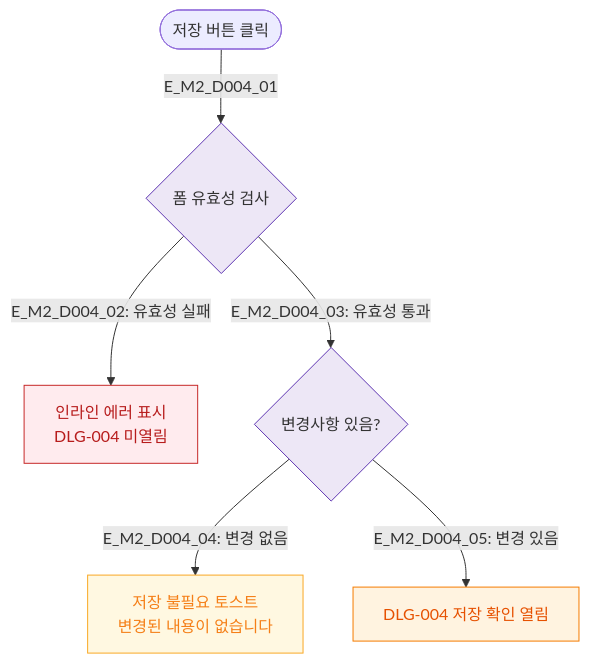
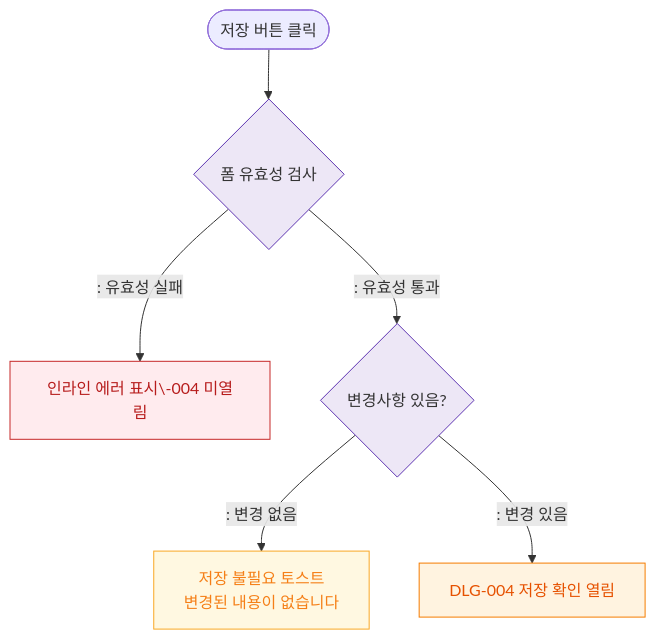
The diagram in docs/다이어그램/D01_공통/DLG/DLG-004_저장확인/M2_필드검증.md (dev-spogym/admin-pando), drawn with Mermaid before and after one commit. The commit also changed other lines of this file and 1660 other files, not shown here.

First line of the commit message:
다이어그램: 기획자/클라이언트 납품본으로 정리

````diff
--- a/docs/다이어그램/D01_공통/DLG/DLG-004_저장확인/M2_필드검증.md
+++ b/docs/다이어그램/D01_공통/DLG/DLG-004_저장확인/M2_필드검증.md
@@ -19,19 +17,19 @@
 ```mermaid
 flowchart TD
-    SAVE_BTN([저장 버튼 클릭]) -->|E_M2_D004_01| VALIDATE{폼 유효성 검사}
+    SAVE_BTN([저장 버튼 클릭]) --> VALIDATE{폼 유효성 검사}
 
-    VALIDATE -->|"E_M2_D004_02: 유효성 실패"| INLINE_ERR[인라인 에러 표시\nDLG-004 미열림]
-    VALIDATE -->|"E_M2_D004_03: 유효성 통과"| CHANGE_CHECK{변경사항 있음?}
+    VALIDATE -->|": 유효성 실패"|INLINE_ERR[인라인 에러 표시\-004 미열림]
+    VALIDATE -->|": 유효성 통과"|CHANGE_CHECK{변경사항 있음?}
 
-    CHANGE_CHECK -->|"E_M2_D004_04: 변경 없음"| NO_CHANGE[저장 불필요 토스트\n변경된 내용이 없습니다]
-    CHANGE_CHECK -->|"E_M2_D004_05: 변경 있음"| OPEN_DLG[DLG-004 저장 확인 열림]
+    CHANGE_CHECK -->|": 변경 없음"|NO_CHANGE[저장 불필요 토스트\n변경된 내용이 없습니다]
+    CHANGE_CHECK -->|": 변경 있음"|OPEN_DLG[DLG-004 저장 확인 열림]
 
-    classDef modal   fill:#FFF3E0,stroke:#F57C00,color:#E65100
-    classDef system  fill:#EDE7F6,stroke:#5E35B2
-    classDef error   fill:#FFEBEE,stroke:#C62828,color:#B71C1C
+    classDef modal fill:#FFF3E0,stroke:#F57C00,color:#E65100
+    classDef system fill:#EDE7F6,stroke:#5E35B2
+    classDef error fill:#FFEBEE,stroke:#C62828,color:#B71C1C
     classDef warning fill:#FFF8E1,stroke:#F9A825,color:#F57F17
     class OPEN_DLG modal
     class VALIDATE,CHANGE_CHECK system
     class INLINE_ERR error
     class NO_CHANGE warning
 ```
````
